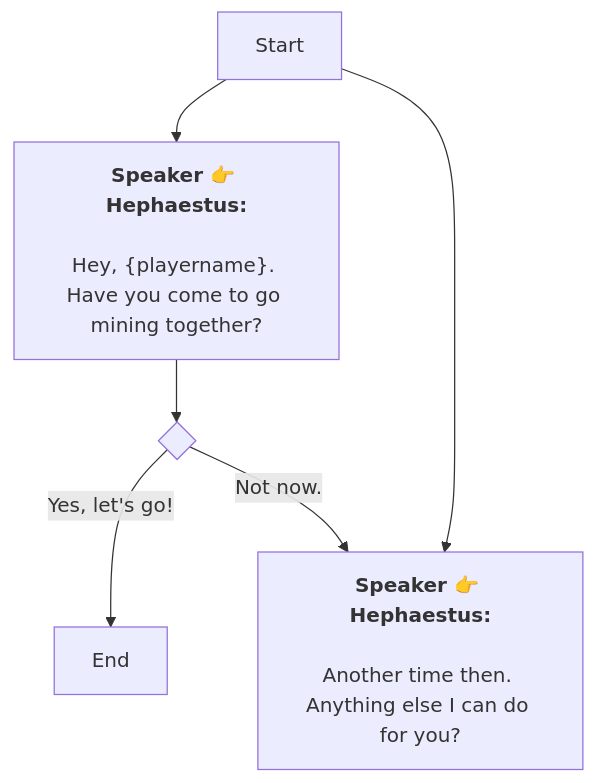
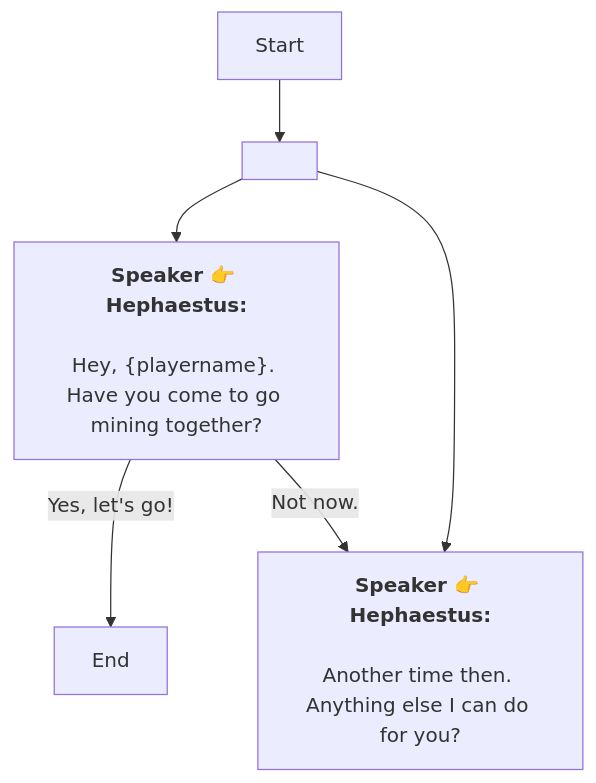
One commit to SoftHu/tos_avg changed the diagram in En/QuestTalkObjectiveNode_1750657146285344.md. Above: the diagram before and after it, drawn with Mermaid. The commit also changed 737 other files, not shown here.

````diff
--- a/En/QuestTalkObjectiveNode_1750657146285344.md
+++ b/En/QuestTalkObjectiveNode_1750657146285344.md
@@ -1,20 +1,17 @@
 ```mermaid
 graph
-Start -->1750658557600035[<b>Speaker 👉 Hephaestus:</b>
-
-Hey, &lbrace;playername&rbrace;. 
+Start -->1750911911868690[ ]
+1750911911868690 -->1750658557600035[<b>Speaker 👉 Hephaestus:</b>
+\nHey, &lbrace;playername&rbrace;. 
 Have you come to go mining together? ]
-Start -->1750911970255123[<b>Speaker 👉 Hephaestus:</b>
-
-Another time then. 
+1750911911868690 -->1750911970255123[<b>Speaker 👉 Hephaestus:</b>
+\nAnother time then. 
 Anything else I can do for you?
 ]
-1750658557600035 -->1750658984505636{ }
-1750658984505636 -->|Yes, let's go!|1750835737352708[End]
-1750658984505636 -->|Not now.|1750911970255123[<b>Speaker 👉 Hephaestus:</b>
-
-Another time then. 
+1750658557600035 -->|Yes, let's go!|1750835737352708[End]
+1750658557600035 -->|Not now.|1750911970255123[<b>Speaker 👉 Hephaestus:</b>
+\nAnother time then. 
 Anything else I can do for you?
 ]
 
- ```
+```
````
